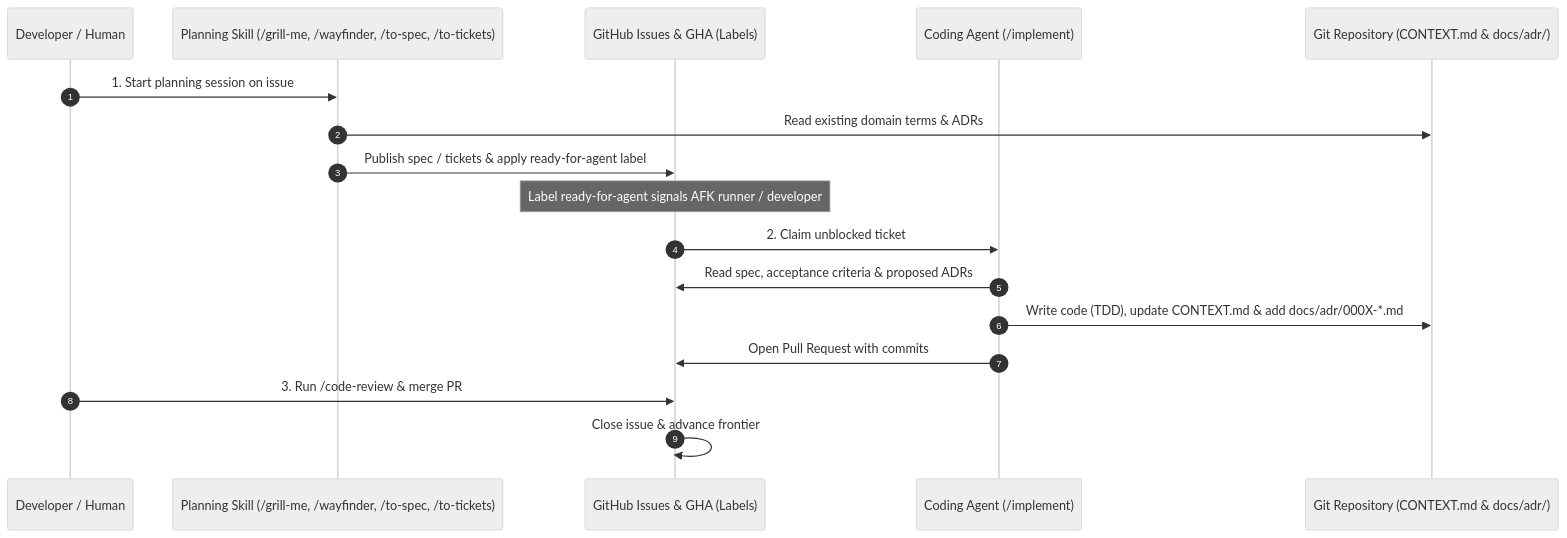
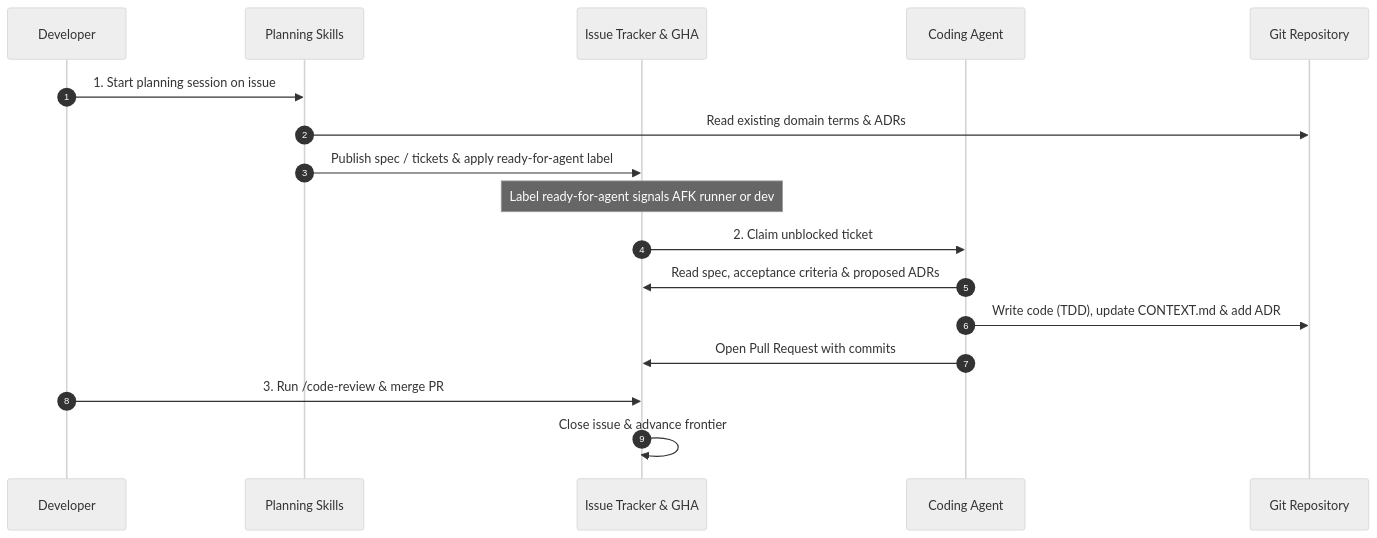
The second of 2 diagrams in docs/agents/workflows.md (jackmaders/watchpoint), drawn with Mermaid (neutral theme) before and after one commit.

Commit message:
docs(workflows): 🐛 fix mermaid sequence diagram participant aliases

````diff
--- a/docs/agents/workflows.md
+++ b/docs/agents/workflows.md
@@ -117,20 +117,20 @@
 ```mermaid
 sequenceDiagram
     autonumber
-    participant Dev as Developer / Human
-    participant Planning as Planning Skill (/grill-me, /wayfinder, /to-spec, /to-tickets)
-    participant Tracker as GitHub Issues & GHA (Labels)
-    participant Agent as Coding Agent (/implement)
-    participant Git as Git Repository (CONTEXT.md & docs/adr/)
+    participant Dev as Developer
+    participant Planning as Planning Skills
+    participant Tracker as Issue Tracker & GHA
+    participant Agent as Coding Agent
+    participant Git as Git Repository
 
     Dev->>Planning: 1. Start planning session on issue
     Planning->>Git: Read existing domain terms & ADRs
     Planning->>Tracker: Publish spec / tickets & apply ready-for-agent label
-    Note over Tracker: Label ready-for-agent signals AFK runner / developer
+    Note over Tracker: Label ready-for-agent signals AFK runner or dev
     Tracker->>Agent: 2. Claim unblocked ticket
     Agent->>Tracker: Read spec, acceptance criteria & proposed ADRs
-    Agent->>Git: Write code (TDD), update CONTEXT.md & add docs/adr/000X-*.md
+    Agent->>Git: Write code (TDD), update CONTEXT.md & add ADR
     Agent->>Tracker: Open Pull Request with commits
     Dev->>Tracker: 3. Run /code-review & merge PR
     Tracker->>Tracker: Close issue & advance frontier
 ```
````
